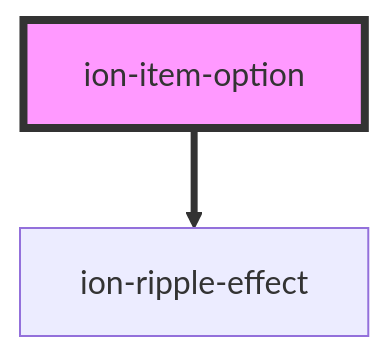
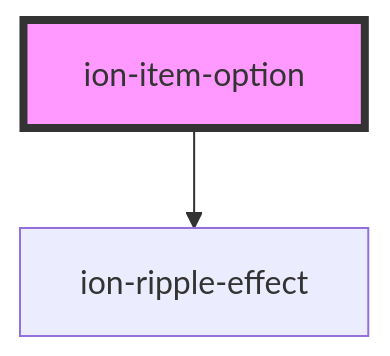
One commit to ionic-team/ionic-framework changed the diagram in core/src/components/item-option/readme.md. Above: the diagram before and after it, drawn with Mermaid. The commit also changed 39 other files, not shown here.

````diff
--- a/core/src/components/item-option/readme.md
+++ b/core/src/components/item-option/readme.md
@@ -44,5 +44,5 @@
 ```mermaid
 graph TD;
-  ion-item-option ==> ion-ripple-effect
+  ion-item-option --> ion-ripple-effect
   style ion-item-option fill:#f9f,stroke:#333,stroke-width:4px
 ```
````
